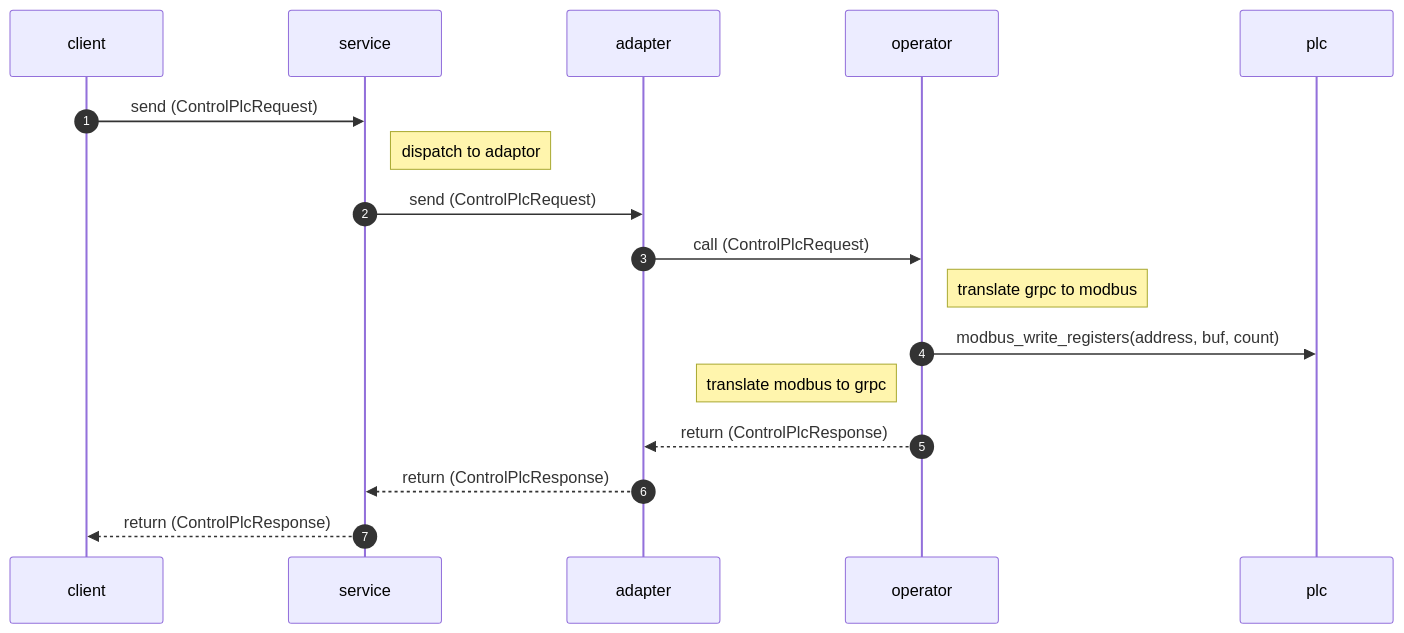
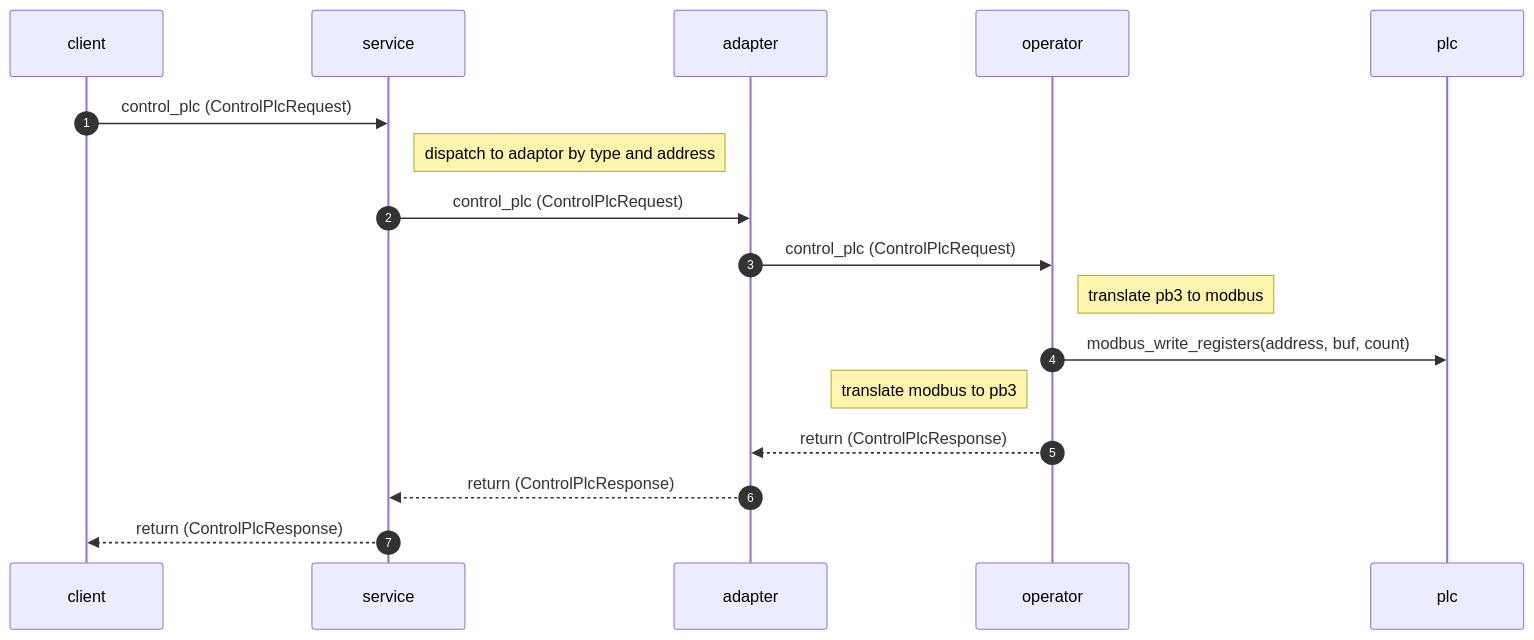
The fifth of 6 diagrams in README.md (FutureOrientedGB/plc_control), drawn with Mermaid before and after one commit. The commit also changed other lines of this file and 12 other files, not shown here.

Commit message:
[plc_proto] define grpc and message

````diff
--- a/README.md
+++ b/README.md
@@ -45,20 +56,20 @@
 ```mermaid
 sequenceDiagram
     autonumber
     participant client
     participant service
     participant adapter
     participant operator
     participant plc
 
-client->>service: send (ControlPlcRequest)
-Note right of service: dispatch to adaptor
-service->>adapter: send (ControlPlcRequest)
-adapter->>operator: call (ControlPlcRequest)
-Note right of operator: translate grpc to modbus
+client->>service: control_plc (ControlPlcRequest)
+Note right of service: dispatch to adaptor by type and address
+service->>adapter: control_plc (ControlPlcRequest)
+adapter->>operator: control_plc (ControlPlcRequest)
+Note right of operator: translate pb3 to modbus
 operator->>plc: modbus_write_registers(address, buf, count)
-Note left of operator: translate modbus to grpc
+Note left of operator: translate modbus to pb3
 operator-->>adapter: return (ControlPlcResponse)
 adapter-->>service: return (ControlPlcResponse)
 service-->>client: return (ControlPlcResponse)
 ```
````
